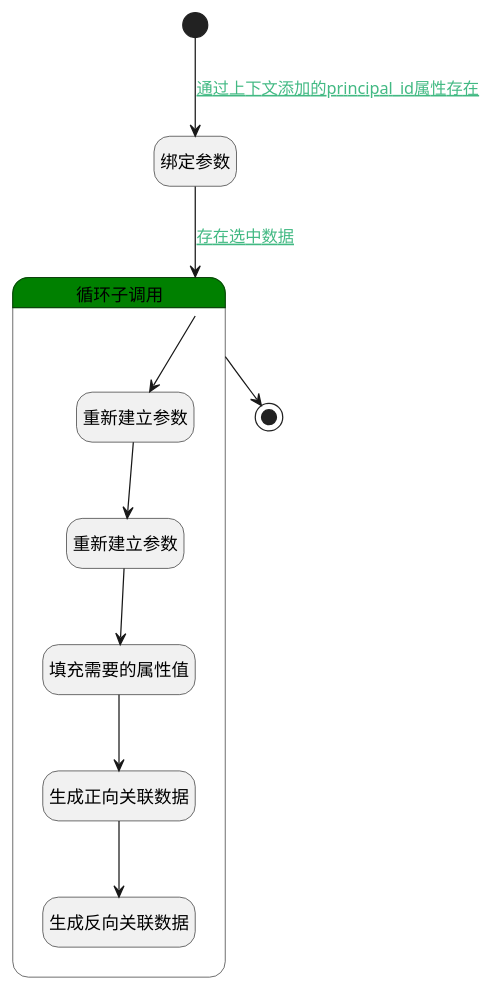
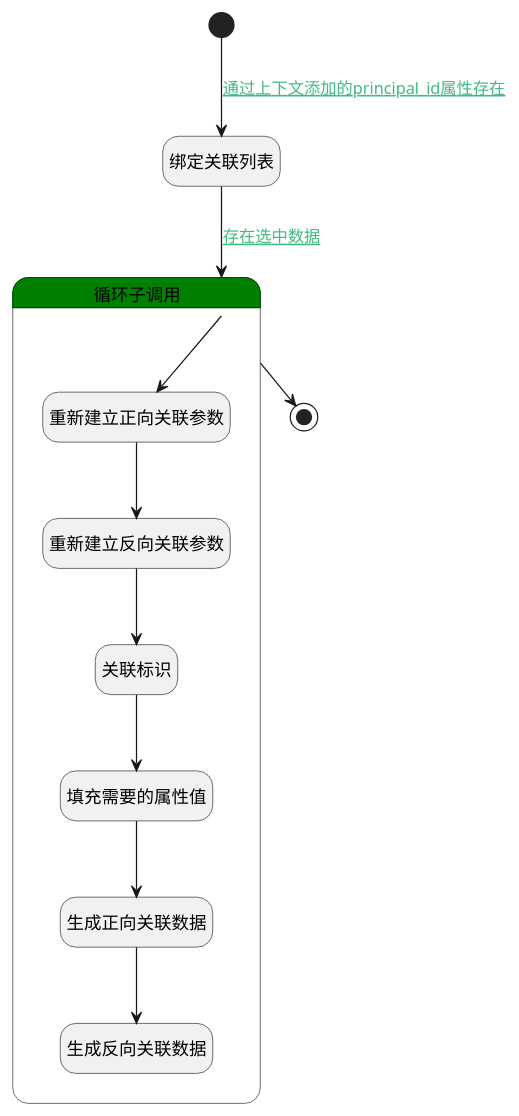
One commit to iBizLab/plm changed the diagram in doc/docsify/module/TestMgmt/test_case/logic/others_relation_test_case.md. Above: the diagram before and after it, drawn with PlantUML. The commit also changed other lines of this file and 1778 other files, not shown here.

````diff
--- a/doc/docsify/module/TestMgmt/test_case/logic/others_relation_test_case.md
+++ b/doc/docsify/module/TestMgmt/test_case/logic/others_relation_test_case.md
@@ -7,34 +7,36 @@
 ```plantuml
 @startuml
 hide empty description
 <style>
 root {
   HyperlinkColor #42b983
 }
 </style>
 
 hide empty description
 state "开始" as Begin <<start>> [[$./others_relation_test_case#begin {"开始"}]]
-state "绑定参数" as BINDPARAM1  [[$./others_relation_test_case#bindparam1 {"绑定参数"}]]
+state "绑定关联列表" as BINDPARAM1  [[$./others_relation_test_case#bindparam1 {"绑定关联列表"}]]
 state "结束" as END1 <<end>> [[$./others_relation_test_case#end1 {"结束"}]]
 state "循环子调用" as LOOPSUBCALL1  [[$./others_relation_test_case#loopsubcall1 {"循环子调用"}]] #green {
-state "重新建立参数" as RENEWPARAM1  [[$./others_relation_test_case#renewparam1 {"重新建立参数"}]]
-state "重新建立参数" as RENEWPARAM2  [[$./others_relation_test_case#renewparam2 {"重新建立参数"}]]
+state "重新建立正向关联参数" as RENEWPARAM1  [[$./others_relation_test_case#renewparam1 {"重新建立正向关联参数"}]]
+state "重新建立反向关联参数" as RENEWPARAM2  [[$./others_relation_test_case#renewparam2 {"重新建立反向关联参数"}]]
+state "关联标识" as RAWSFCODE1  [[$./others_relation_test_case#rawsfcode1 {"关联标识"}]]
 state "填充需要的属性值" as PREPAREPARAM1  [[$./others_relation_test_case#prepareparam1 {"填充需要的属性值"}]]
 state "生成正向关联数据" as DEACTION1  [[$./others_relation_test_case#deaction1 {"生成正向关联数据"}]]
 state "生成反向关联数据" as DEACTION2  [[$./others_relation_test_case#deaction2 {"生成反向关联数据"}]]
 }
 
 
 Begin --> BINDPARAM1 : [[$./others_relation_test_case#begin-bindparam1{通过上下文添加的principal_id属性存在} 通过上下文添加的principal_id属性存在]]
 BINDPARAM1 --> LOOPSUBCALL1 : [[$./others_relation_test_case#bindparam1-loopsubcall1{存在选中数据} 存在选中数据]]
 LOOPSUBCALL1 --> RENEWPARAM1
 RENEWPARAM1 --> RENEWPARAM2
-RENEWPARAM2 --> PREPAREPARAM1
+RENEWPARAM2 --> RAWSFCODE1
+RAWSFCODE1 --> PREPAREPARAM1
 PREPAREPARAM1 --> DEACTION1
 DEACTION1 --> DEACTION2
 LOOPSUBCALL1 --> END1
 
 
 @enduml
 ```
````
